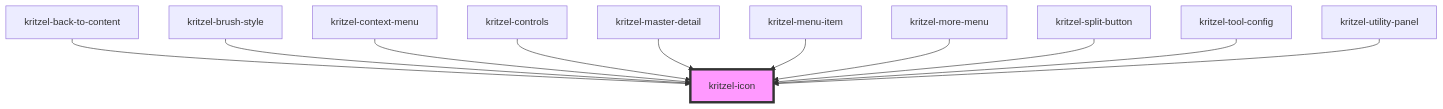
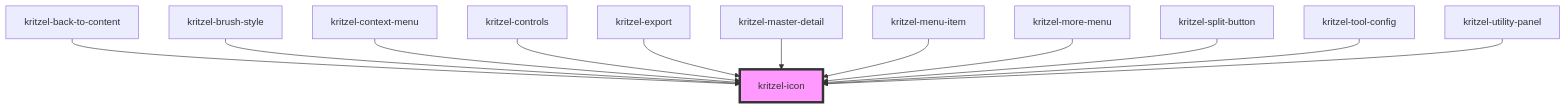
Before and after one commit to kasual1/kritzel: the diagram in libs/kritzel-stencil/src/components/shared/kritzel-icon/readme.md, drawn with Mermaid. The commit also changed other lines of this file and 9 other files, not shown here.

````diff
--- a/libs/kritzel-stencil/src/components/shared/kritzel-icon/readme.md
+++ b/libs/kritzel-stencil/src/components/shared/kritzel-icon/readme.md
@@ -33,14 +34,15 @@
 ```mermaid
 graph TD;
   kritzel-back-to-content --> kritzel-icon
   kritzel-brush-style --> kritzel-icon
   kritzel-context-menu --> kritzel-icon
   kritzel-controls --> kritzel-icon
+  kritzel-export --> kritzel-icon
   kritzel-master-detail --> kritzel-icon
   kritzel-menu-item --> kritzel-icon
   kritzel-more-menu --> kritzel-icon
   kritzel-split-button --> kritzel-icon
   kritzel-tool-config --> kritzel-icon
   kritzel-utility-panel --> kritzel-icon
   style kritzel-icon fill:#f9f,stroke:#333,stroke-width:4px
 ```
````
